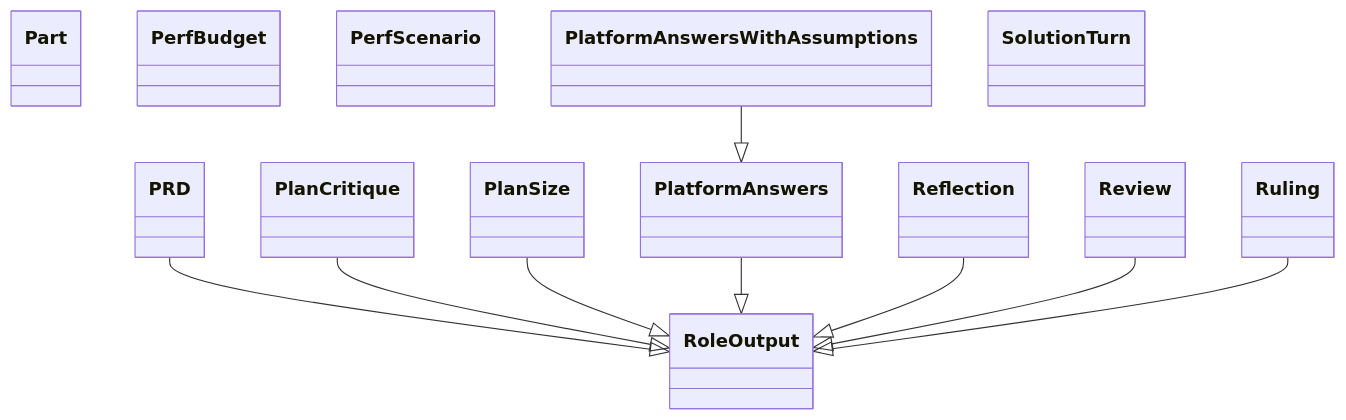
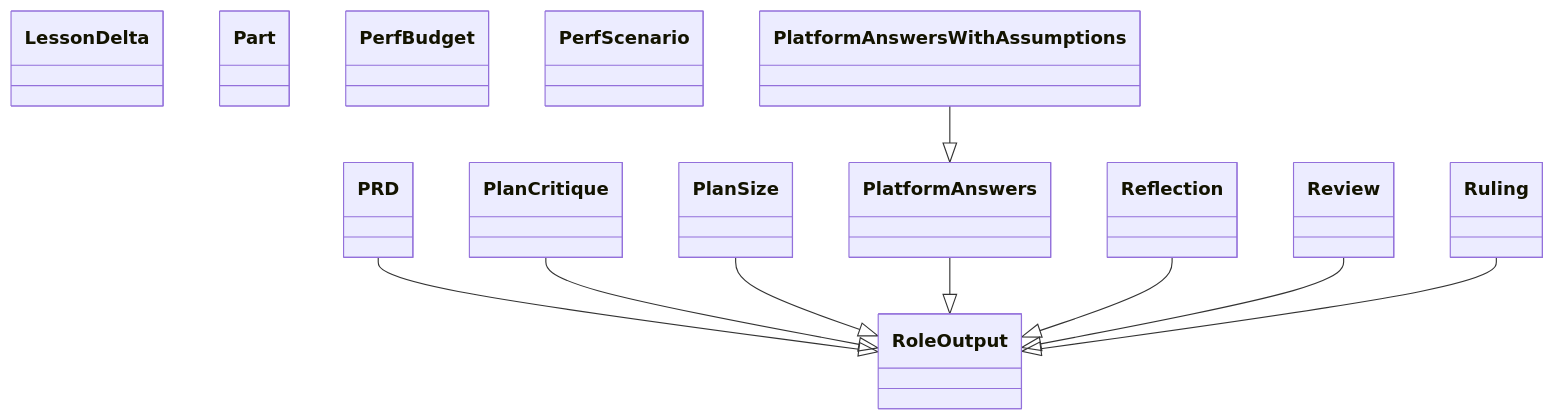
One commit to GonzaloZevallos/agentic-system changed the diagram in docs/architecture/generated/classes-process-domain-roles-4.md. Above: the diagram before and after it, drawn with Mermaid. The commit also changed other lines of this file and 18 other files, not shown here.

Commit message:
Add classify, the drawing_checks record and its persistence, and regenerate the architecture docs

````diff
--- a/docs/architecture/generated/classes-process-domain-roles-4.md
+++ b/docs/architecture/generated/classes-process-domain-roles-4.md
@@ -30,24 +30,24 @@
 ```mermaid
 classDiagram
+    class schemas__LessonDelta["LessonDelta"]
     class schemas__PRD["PRD"]
     class schemas__Part["Part"]
     class schemas__PerfBudget["PerfBudget"]
     class schemas__PerfScenario["PerfScenario"]
     class schemas__PlanCritique["PlanCritique"]
     class schemas__PlanSize["PlanSize"]
     class schemas__PlatformAnswers["PlatformAnswers"]
     class schemas__PlatformAnswersWithAssumptions["PlatformAnswersWithAssumptions"]
     class schemas__Reflection["Reflection"]
     class schemas__Review["Review"]
     class schemas__RoleOutput["RoleOutput"]
     class schemas__Ruling["Ruling"]
-    class schemas__SolutionTurn["SolutionTurn"]
     schemas__PRD --|> schemas__RoleOutput
     schemas__PlanCritique --|> schemas__RoleOutput
     schemas__PlanSize --|> schemas__RoleOutput
     schemas__PlatformAnswers --|> schemas__RoleOutput
     schemas__PlatformAnswersWithAssumptions --|> schemas__PlatformAnswers
     schemas__Reflection --|> schemas__RoleOutput
     schemas__Review --|> schemas__RoleOutput
     schemas__Ruling --|> schemas__RoleOutput
 ```
````
